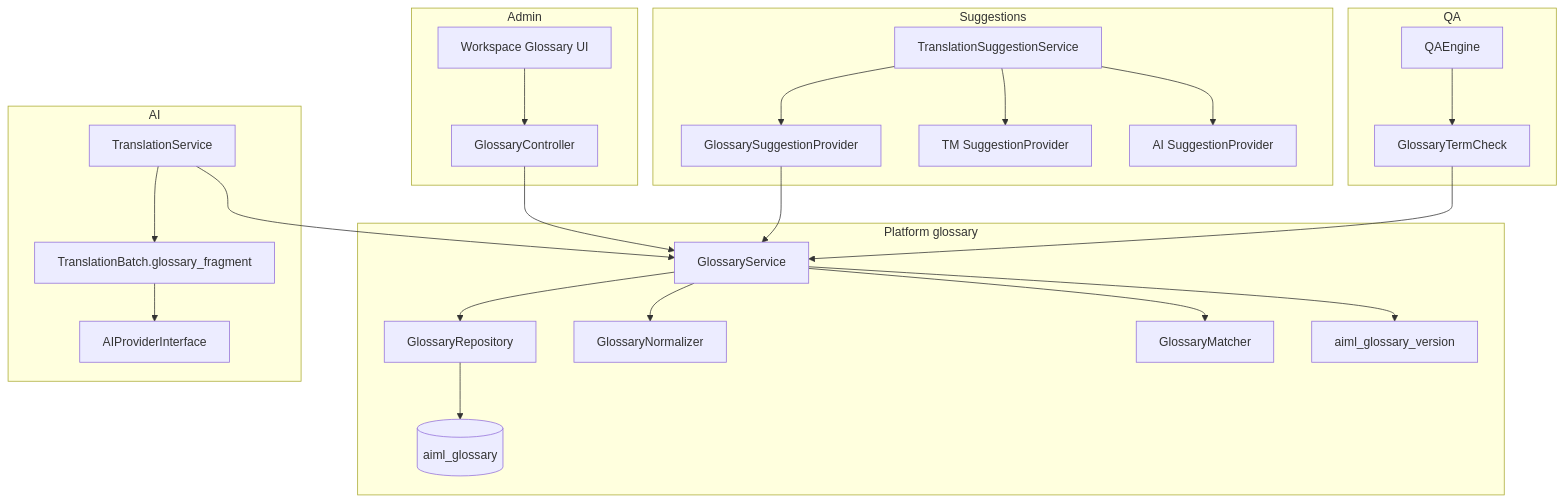
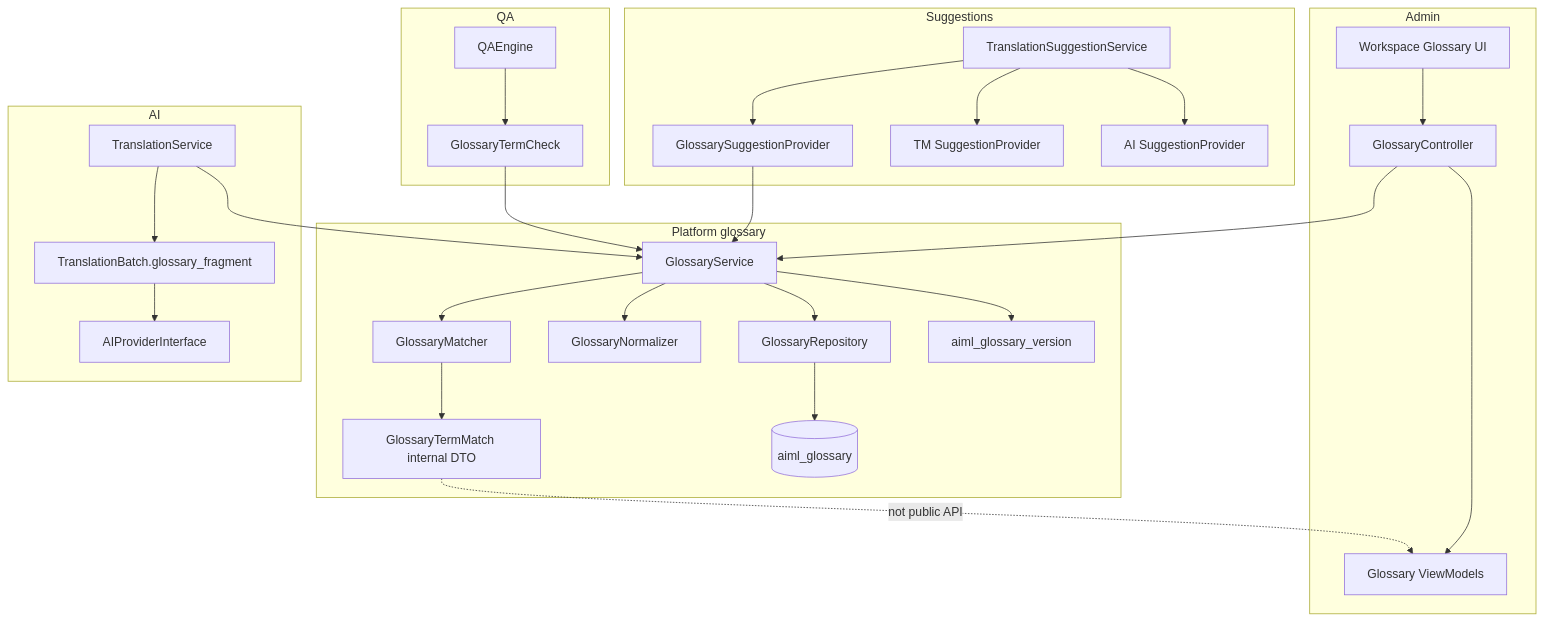
The diagram in docs/plans/GLOSSARY_MVP_IMPLEMENTATION_PLAN.md (magpern/ai-multilingual), drawn with Mermaid before and after one commit. The commit also changed other lines of this file and 1 other file, not shown here.

First line of the commit message:
docs(glossary): finalize glossary architecture contracts

````diff
--- a/docs/plans/GLOSSARY_MVP_IMPLEMENTATION_PLAN.md
+++ b/docs/plans/GLOSSARY_MVP_IMPLEMENTATION_PLAN.md
@@ -39,41 +40,45 @@
 ```mermaid
 flowchart TB
   subgraph admin [Admin]
     UI[Workspace Glossary UI]
     REST[GlossaryController]
+    VM[Glossary ViewModels]
   end
   subgraph platform [Platform glossary]
     Svc[GlossaryService]
     Repo[GlossaryRepository]
     Norm[GlossaryNormalizer]
     Match[GlossaryMatcher]
+    DTO["GlossaryTermMatch internal DTO"]
     Ver[aiml_glossary_version]
     DB[(aiml_glossary)]
   end
   subgraph suggest [Suggestions]
     TSS[TranslationSuggestionService]
     GSP[GlossarySuggestionProvider]
     TM[TM SuggestionProvider]
     AISug[AI SuggestionProvider]
   end
   subgraph ai [AI]
     TSvc[TranslationService]
     Batch[TranslationBatch.glossary_fragment]
     Prov[AIProviderInterface]
   end
   subgraph qa [QA]
     Eng[QAEngine]
     GTC[GlossaryTermCheck]
   end
-  UI --> REST --> Svc
+  UI --> REST --> VM
+  REST --> Svc
   Svc --> Repo --> DB
   Svc --> Norm
-  Svc --> Match
+  Svc --> Match --> DTO
   Svc --> Ver
   TSS --> GSP --> Svc
   TSS --> TM
   TSS --> AISug
   TSvc --> Svc
   TSvc --> Batch --> Prov
   Eng --> GTC --> Svc
+  DTO -.->|not public API| VM
 ```
````
